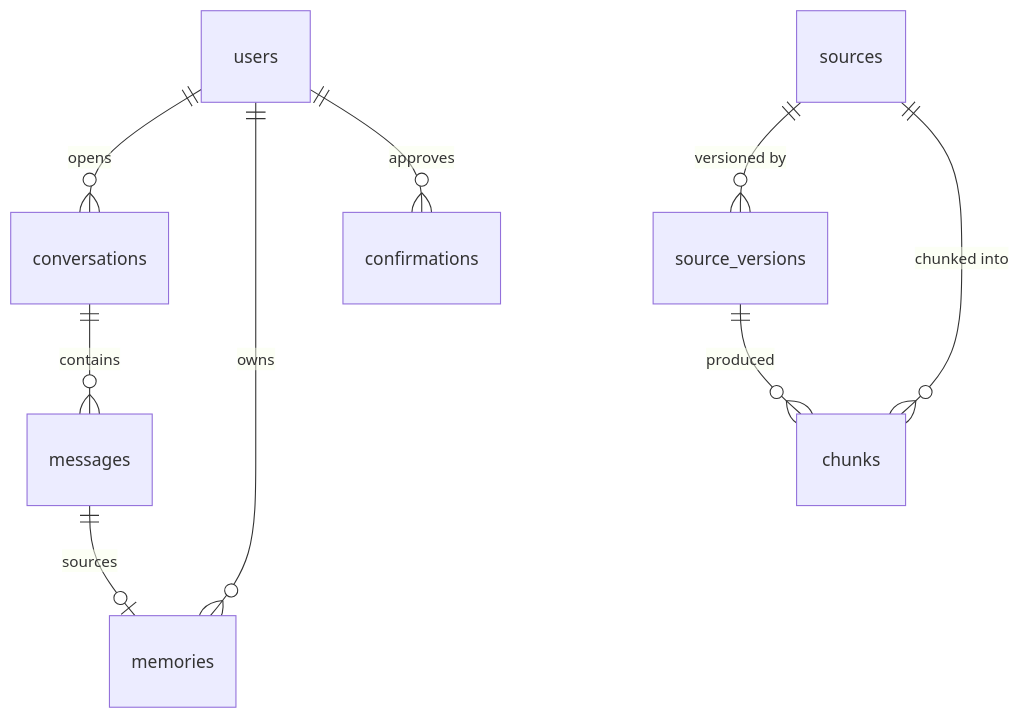
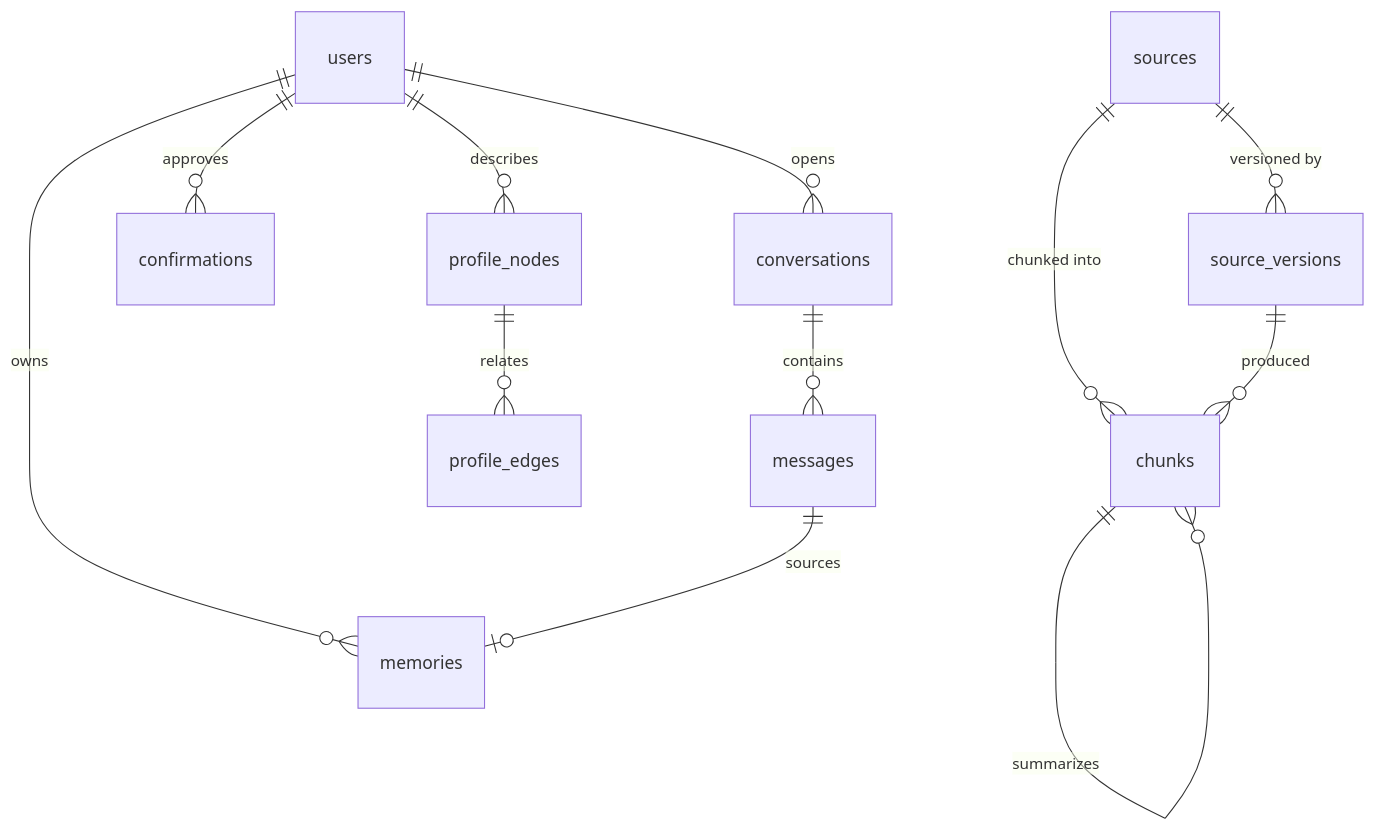
The eighth of 10 diagrams in docs/ARCHITECTURE.md (ashworks1706/SparkyAI), drawn with Mermaid before and after one commit. The commit also changed other lines of this file and 180 other files, not shown here.

````diff
--- a/docs/ARCHITECTURE.md
+++ b/docs/ARCHITECTURE.md
@@ -437,11 +579,14 @@
 ```mermaid
 erDiagram
-    users ||--o{ conversations : "opens"
-    conversations ||--o{ messages : "contains"
-    users ||--o{ memories : "owns"
-    messages ||--o| memories : "sources"
-    users ||--o{ confirmations : "approves"
+    users ||--o{ conversations : opens
+    conversations ||--o{ messages : contains
+    users ||--o{ memories : owns
+    messages ||--o| memories : sources
+    users ||--o{ confirmations : approves
+    users ||--o{ profile_nodes : describes
+    profile_nodes ||--o{ profile_edges : relates
     sources ||--o{ source_versions : "versioned by"
     sources ||--o{ chunks : "chunked into"
-    source_versions ||--o{ chunks : "produced"
+    source_versions ||--o{ chunks : produced
+    chunks ||--o{ chunks : summarizes
 ```
````
